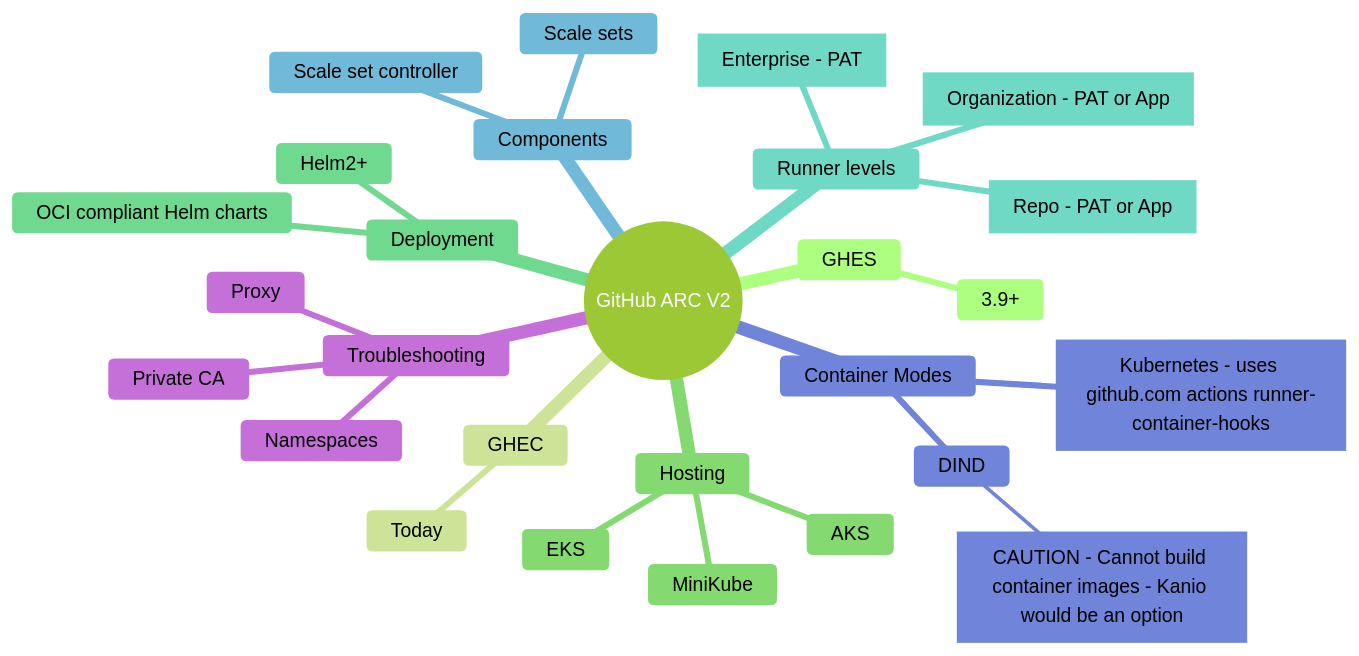
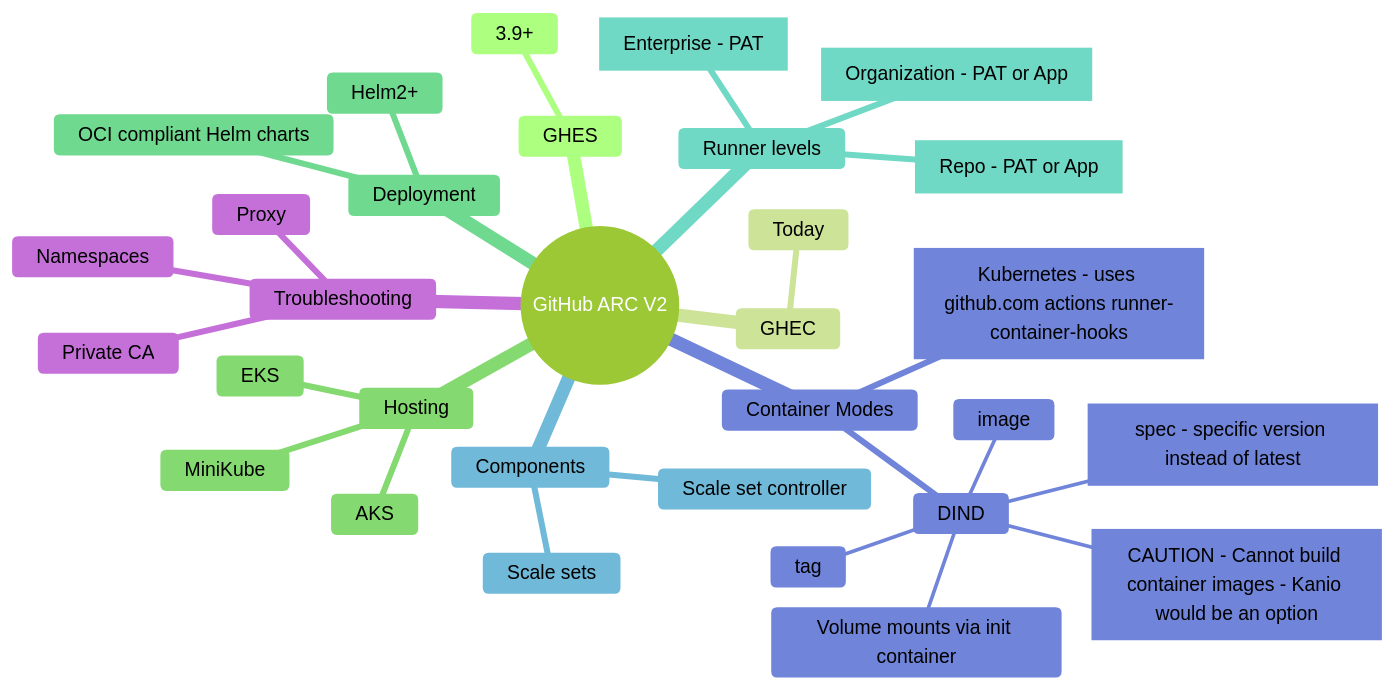
The diagram in GitHub-ARC-v2-mindmap.md (gitstua/Mindmaps), drawn with Mermaid (forest theme) before and after one commit.

````diff
--- a/GitHub-ARC-v2-mindmap.md
+++ b/GitHub-ARC-v2-mindmap.md
@@ -4,31 +4,35 @@
 ```mermaid
 mindmap
   root((GitHub ARC V2))
     GHES
       3.9+
     GHEC
       Today
     Hosting
       AKS
       EKS
       MiniKube
     Deployment
       Helm2+
       OCI compliant Helm charts
     Runner levels
       [Enterprise - PAT]
       [Organization - PAT or App]
       [Repo - PAT or App]
     Components
       Scale set controller
       Scale sets
     Container Modes
       DIND
         [CAUTION - Cannot build container images - Kanio would be an option]
+        Volume mounts via init container
+        image
+        tag
+        [spec - specific version instead of latest]
       [Kubernetes - uses github.com actions runner-container-hooks]
     Troubleshooting
       Namespaces
       Private CA
       Proxy        
 
 ```
````
